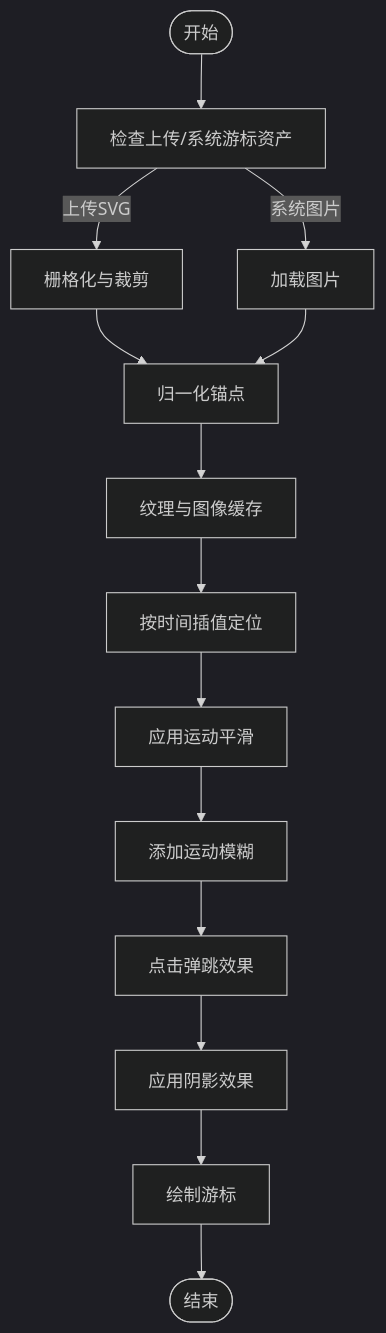
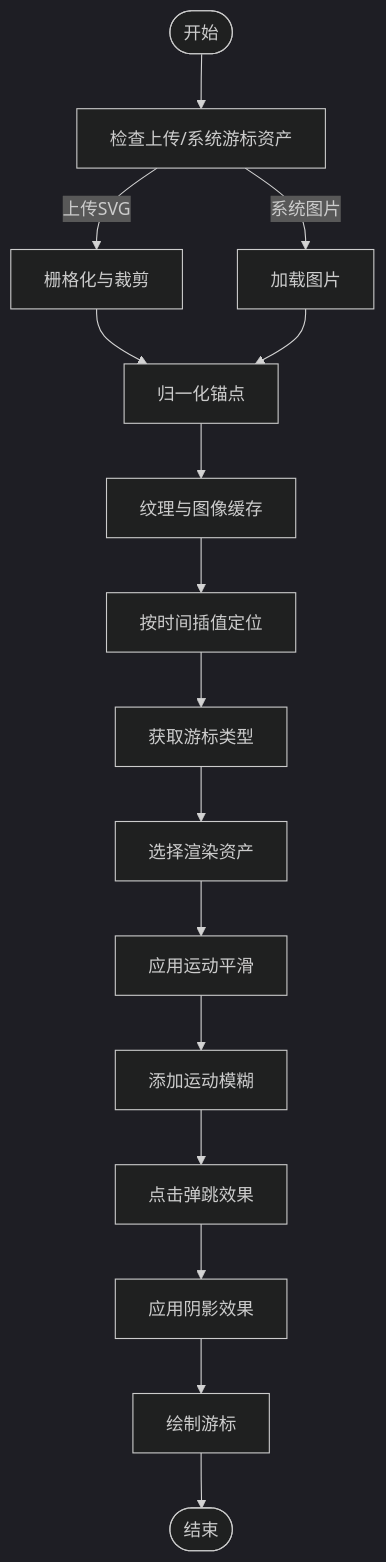
The fifth of 11 diagrams in .qoder/repowiki/zh/content/游标遥测系统/游标遥测系统.md (zhanggmin/openscreen), drawn with Mermaid (dark theme) before and after one commit. The commit also changed other lines of this file and 87 other files, not shown here.

````diff
--- a/.qoder/repowiki/zh/content/游标遥测系统/游标遥测系统.md
+++ b/.qoder/repowiki/zh/content/游标遥测系统/游标遥测系统.md
@@ -252,16 +271,18 @@
 ```mermaid
 flowchart TD
 Start(["开始"]) --> CheckAsset["检查上传/系统游标资产"]
 CheckAsset --> |上传SVG| Rasterize["栅格化与裁剪"]
 CheckAsset --> |系统图片| LoadImg["加载图片"]
 Rasterize --> Normalize["归一化锚点"]
 LoadImg --> Normalize
 Normalize --> Cache["纹理与图像缓存"]
 Cache --> Interp["按时间插值定位"]
-Interp --> Smooth["应用运动平滑"]
+Interp --> GetCursorType["获取游标类型"]
+GetCursorType --> SelectAsset["选择渲染资产"]
+SelectAsset --> Smooth["应用运动平滑"]
 Smooth --> MotionBlur["添加运动模糊"]
 MotionBlur --> ClickBounce["点击弹跳效果"]
 ClickBounce --> Shadow["应用阴影效果"]
 Shadow --> Render["绘制游标"]
 Render --> End(["结束"])
 ```
````
